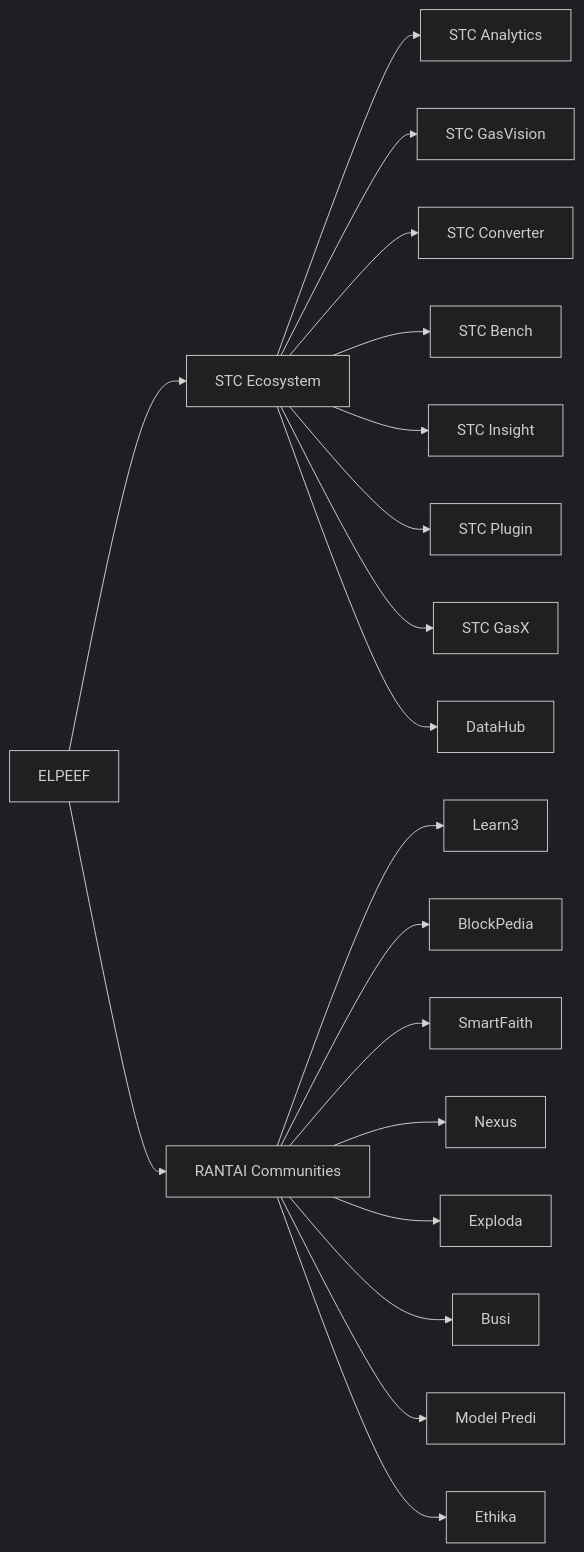
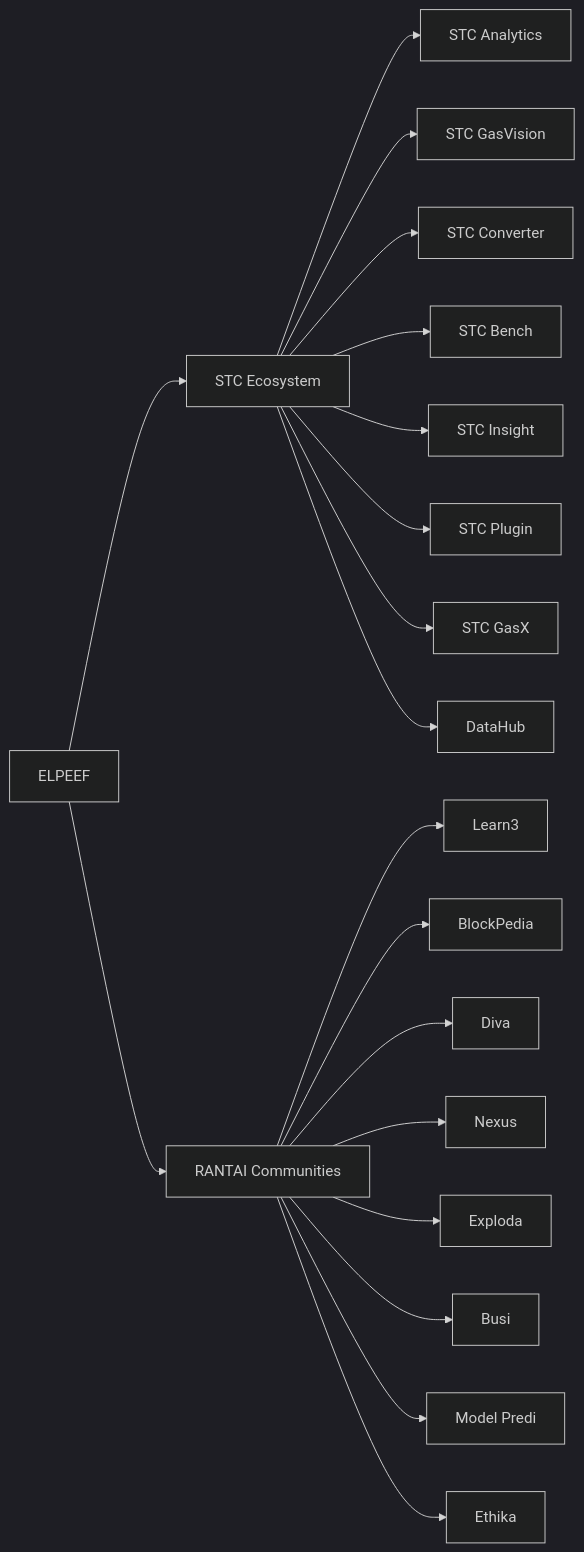
The first of 2 diagrams in profile/README.md (ELPEEF/.github), drawn with Mermaid (dark theme) before and after one commit.

Commit message:
Rename SmartFaith to RANTAI Diva in README

````diff
--- a/profile/README.md
+++ b/profile/README.md
@@ -55,42 +55,42 @@
 ```mermaid
 flowchart LR
     A[ELPEEF] --> B[STC Ecosystem]
     A --> C[RANTAI Communities]
 
     B --> B1[STC Analytics]
     B --> B2[STC GasVision]
     B --> B3[STC Converter]
     B --> B4[STC Bench]
     B --> B5[STC Insight]
     B --> B6[STC Plugin]
     B --> B7[STC GasX]
     B --> B8[DataHub]
 
     C --> C1[Learn3]
     C --> C2[BlockPedia]
-    C --> C3[SmartFaith]
+    C --> C3[Diva]
     C --> C4[Nexus]
     C --> C5[Exploda]
     C --> C6[Busi]
     C --> C7[Model Predi]
     C --> C8[Ethika]
 
     %% Klikable links
     click B1 "https://stc-analytics.streamlit.app/" "STC Analytics App"
     click B2 "https://stc-gasvision.streamlit.app/" "STC GasVision App"
     click B3 "https://stc-converter.streamlit.app/" "STC Converter App"
     click B4 "https://stc-bench.streamlit.app/" "STC Bench App"
     click B5 "https://stc-insight.streamlit.app/" "STC Insight App"
     click B6 "https://smartourism.elpeef.com/" "STC Plugin"
     click B7 "https://stc-gasx.streamlit.app/" "STC GasX App"
     click B8 "https://stc-data.streamlit.app/" "STC DataHub App"
 
     click C1 "https://learn3.streamlit.app/" "Learn3"
     click C2 "https://blockpedia.streamlit.app/" "BlockPedia"
-    click C3 "https://smartfaith.streamlit.app/" "SmartFaith"
+    click C3 "https://rantai-diva.streamlit.app/" "RANTAI Diva"
     click C4 "https://rantai-nexus.streamlit.app/" "RANTAI Nexus"
     click C5 "https://rantai-exploda.streamlit.app/" "RANTAI Exploda"
     click C6 "https://rantai-busi.streamlit.app/" "RANTAI Busi"
     click C7 "https://rantai-model-predi.streamlit.app/" "RANTAI Model Predi"
     click C8 "https://rantai-ethika.streamlit.app/" "RANTAI Ethika"
 ```
````
